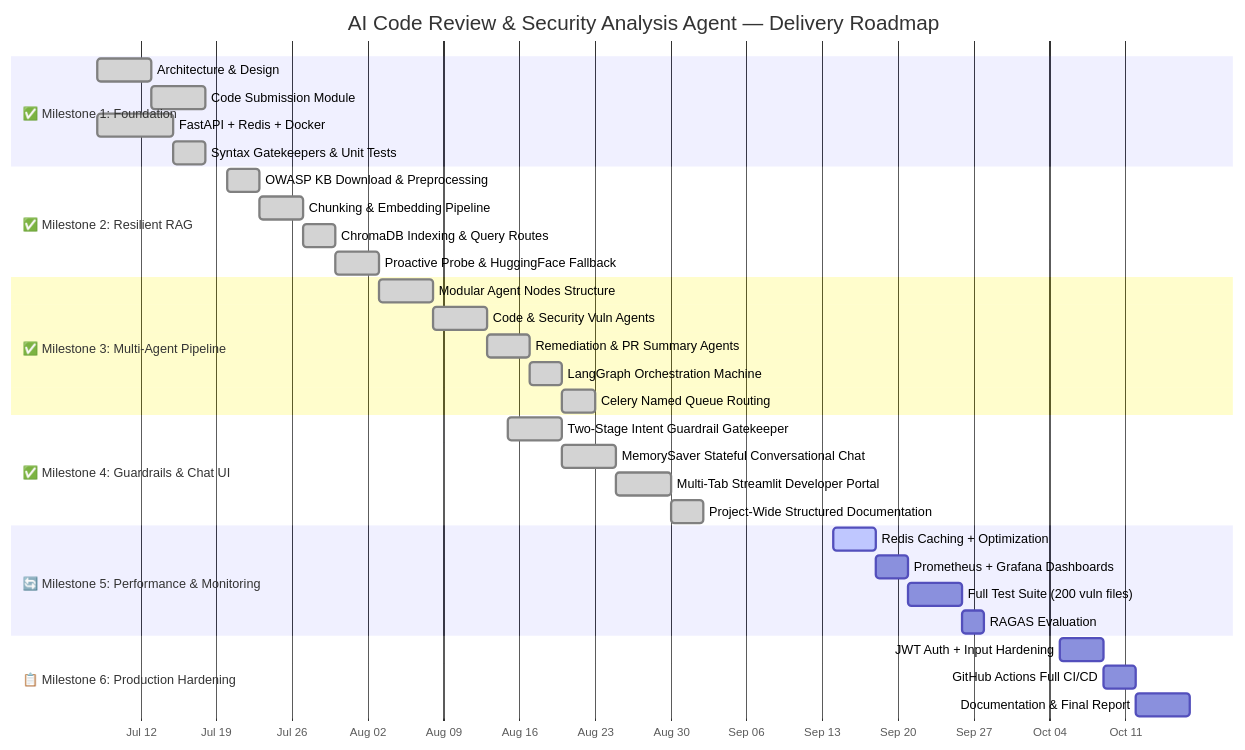
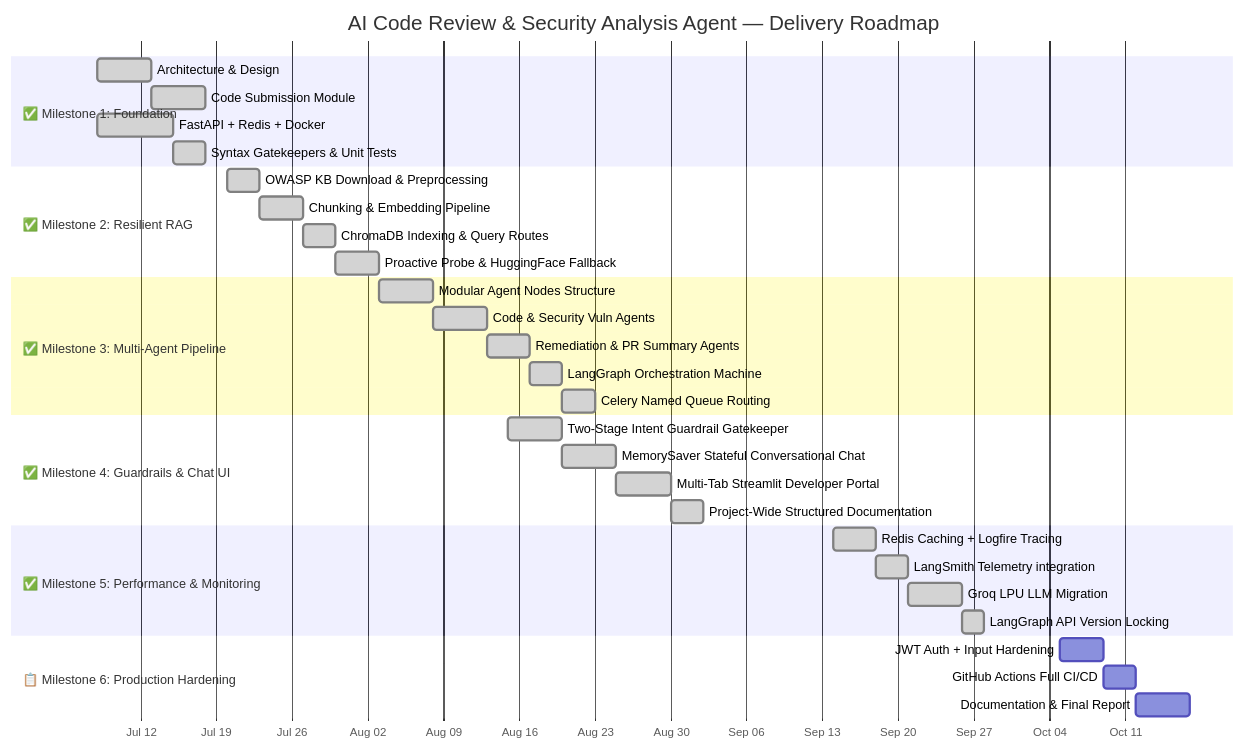
Before and after one commit to shubham0915/AI-Code-Review-Security-Analysis-Agent-Group2: the seventh of 7 diagrams in README.md, drawn with Mermaid. The commit also changed other lines of this file, not shown here.

Commit message:
docs: comprehensive overhaul of README for Groq LPU migration

````diff
--- a/README.md
+++ b/README.md
@@ -951,42 +957,42 @@
 ```mermaid
 gantt
     title AI Code Review & Security Analysis Agent — Delivery Roadmap
     dateFormat  YYYY-MM-DD
     axisFormat  %b %d
 
     section ✅ Milestone 1: Foundation
     Architecture & Design              :done, m1a, 2026-07-08, 5d
     Code Submission Module             :done, m1b, after m1a, 5d
     FastAPI + Redis + Docker           :done, m1c, 2026-07-08, 7d
     Syntax Gatekeepers & Unit Tests     :done, m1d, after m1c, 3d
 
     section ✅ Milestone 2: Resilient RAG
     OWASP KB Download & Preprocessing  :done, m2a, 2026-07-20, 3d
     Chunking & Embedding Pipeline      :done, m2b, after m2a, 4d
     ChromaDB Indexing & Query Routes   :done, m2c, after m2b, 3d
     Proactive Probe & HuggingFace Fallback:done, m2d, after m2c, 4d
 
     section ✅ Milestone 3: Multi-Agent Pipeline
     Modular Agent Nodes Structure      :done, m3a, 2026-08-03, 5d
     Code & Security Vuln Agents        :done, m3b, after m3a, 5d
     Remediation & PR Summary Agents      :done, m3c, after m3b, 4d
     LangGraph Orchestration Machine      :done, m3d, after m3c, 3d
     Celery Named Queue Routing         :done, m3e, after m3d, 3d
 
     section ✅ Milestone 4: Guardrails & Chat UI
     Two-Stage Intent Guardrail Gatekeeper:done, m4a, 2026-08-15, 5d
     MemorySaver Stateful Conversational Chat:done, m4b, after m4a, 5d
     Multi-Tab Streamlit Developer Portal:done, m4c, after m4b, 5d
     Project-Wide Structured Documentation:done, m4d, after m4c, 3d
 
-    section 🔄 Milestone 5: Performance & Monitoring
-    Redis Caching + Optimization       :active, m5a, 2026-09-14, 4d
-    Prometheus + Grafana Dashboards    :m5b, after m5a, 3d
-    Full Test Suite (200 vuln files)   :m5c, after m5b, 5d
-    RAGAS Evaluation                   :m5d, after m5c, 2d
+    section ✅ Milestone 5: Performance & Monitoring
+    Redis Caching + Logfire Tracing    :done, m5a, 2026-09-14, 4d
+    LangSmith Telemetry integration    :done, m5b, after m5a, 3d
+    Groq LPU LLM Migration             :done, m5c, after m5b, 5d
+    LangGraph API Version Locking      :done, m5d, after m5c, 2d
 
     section 📋 Milestone 6: Production Hardening
     JWT Auth + Input Hardening         :m6a, 2026-10-05, 4d
     GitHub Actions Full CI/CD          :m6b, after m6a, 3d
     Documentation & Final Report       :m6c, after m6b, 5d
 ```
````
